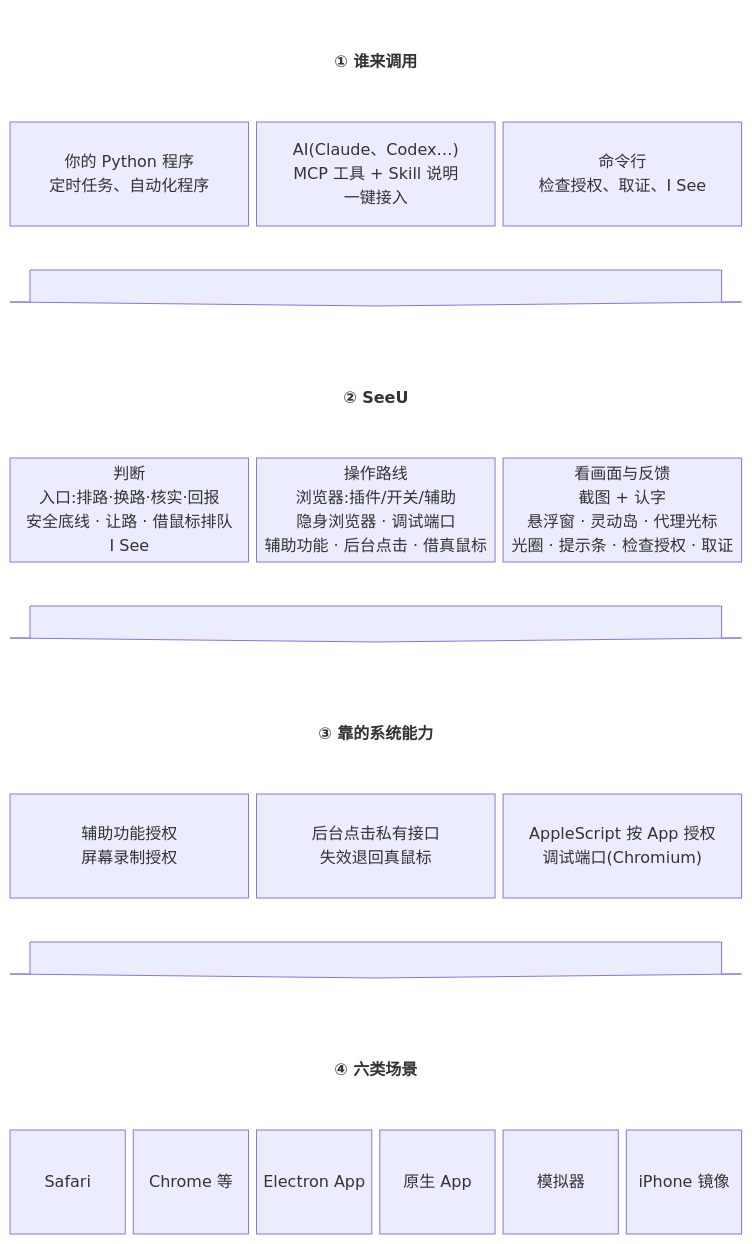
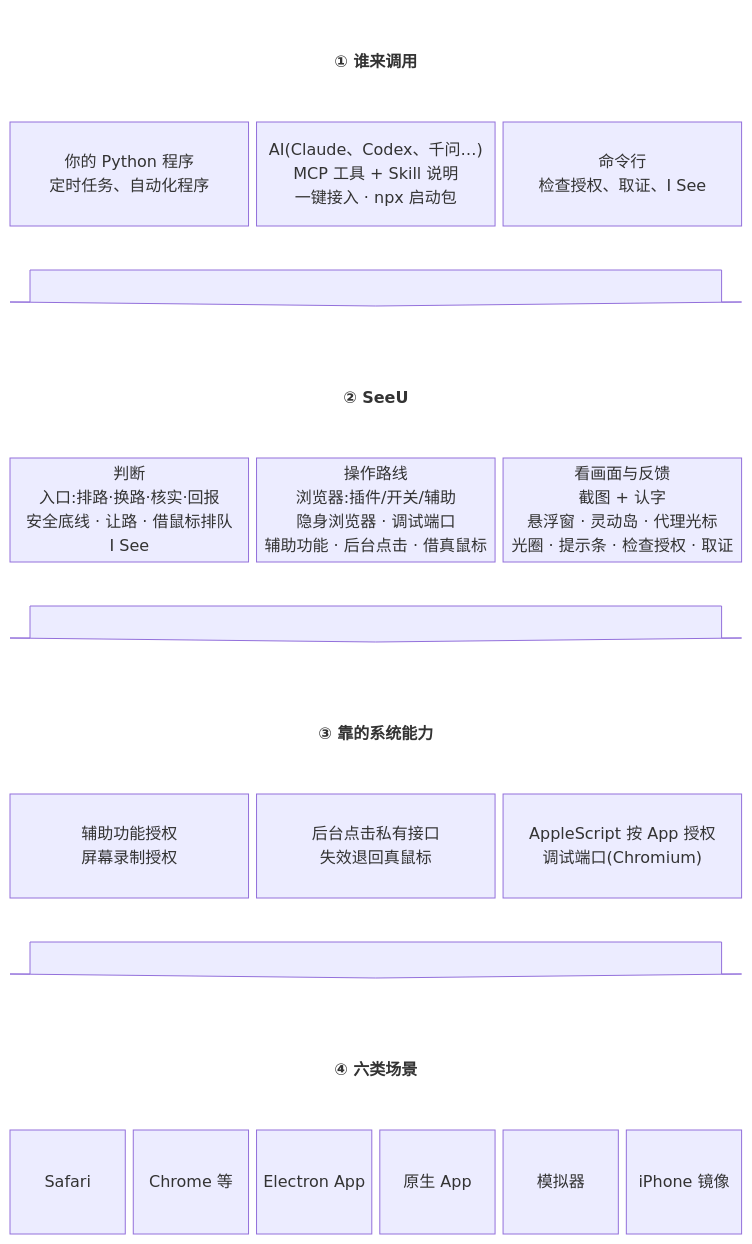
Before and after one commit to Mr-Bingoo/seeu-computeruse: the first of 13 diagrams in docs/SeeU-业务图.zh-CN.md, drawn with Mermaid. The commit also changed other lines of this file and 47 other files, not shown here.

````diff
--- a/docs/SeeU-业务图.zh-CN.md
+++ b/docs/SeeU-业务图.zh-CN.md
@@ -12,23 +16,23 @@
 ```mermaid
 block-beta
   columns 6
   H1["① 谁来调用"]:6
   U1["你的 Python 程序<br/>定时任务、自动化程序"]:2
-  U2["AI(Claude、Codex…)<br/>MCP 工具 + Skill 说明<br/>一键接入"]:2
+  U2["AI(Claude、Codex、千问…)<br/>MCP 工具 + Skill 说明<br/>一键接入 · npx 启动包"]:2
   U3["命令行<br/>检查授权、取证、I See"]:2
   D1<["&nbsp;"]>(down):6
   H2["② SeeU"]:6
   J["判断<br/>入口:排路·换路·核实·回报<br/>安全底线 · 让路 · 借鼠标排队<br/>I See"]:2
   R["操作路线<br/>浏览器:插件/开关/辅助<br/>隐身浏览器 · 调试端口<br/>辅助功能 · 后台点击 · 借真鼠标"]:2
   FB["看画面与反馈<br/>截图 + 认字<br/>悬浮窗 · 灵动岛 · 代理光标<br/>光圈 · 提示条 · 检查授权 · 取证"]:2
   D2<["&nbsp;"]>(down):6
   H3["③ 靠的系统能力"]:6
   P1["辅助功能授权<br/>屏幕录制授权"]:2
   P3["后台点击私有接口<br/>失效退回真鼠标"]:2
   P4["AppleScript 按 App 授权<br/>调试端口(Chromium)"]:2
   D3<["&nbsp;"]>(down):6
   H4["④ 六类场景"]:6
   A1["Safari"] A2["Chrome 等"] A3["Electron App"] A4["原生 App"] A5["模拟器"] A6["iPhone 镜像"]
   classDef head fill:none,stroke:none,font-weight:bold
   class H1,H2,H3,H4 head
 ```
````
